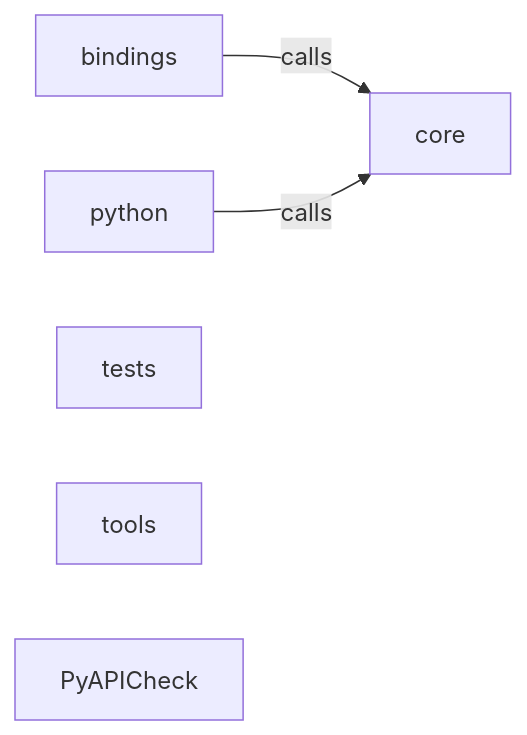
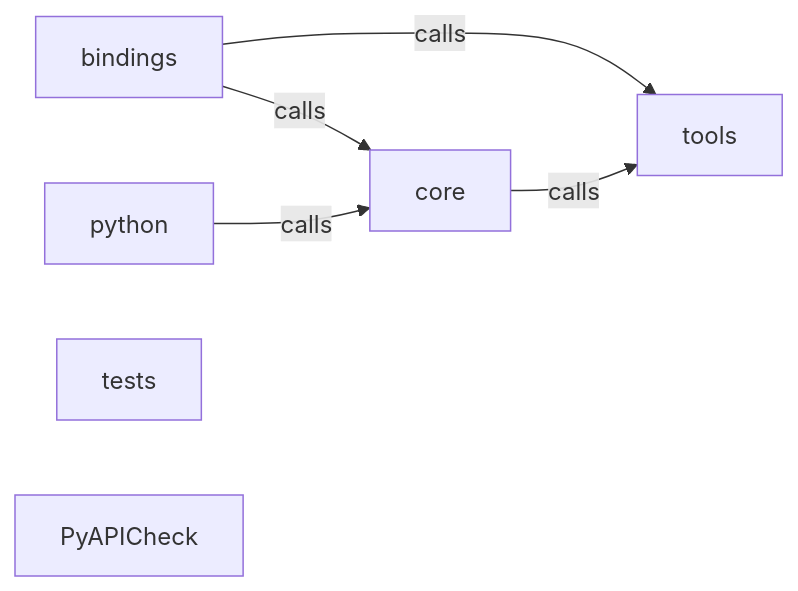
Before and after one commit to Mullassery/PyAPICheck: the diagram in docs/codeatlas/overview.md, drawn with Mermaid. The commit also changed other lines of this file and 3 other files, not shown here.

Commit message:
docs(codeatlas): refresh architecture map

````diff
--- a/docs/codeatlas/overview.md
+++ b/docs/codeatlas/overview.md
@@ -1,15 +1,17 @@
 ```mermaid
 graph LR
     bindings["bindings"]
     core["core"]
     python["python"]
     tests["tests"]
     tools["tools"]
     PyAPICheck["PyAPICheck"]
     bindings -- "calls" --> core
+    bindings -- "calls" --> tools
+    core -- "calls" --> tools
     python -- "calls" --> core
     click bindings href "./bindings.md" "Details"
     click core href "./core.md" "Details"
     click python href "./python.md" "Details"
     click tools href "./tools.md" "Details"
 ```
````
